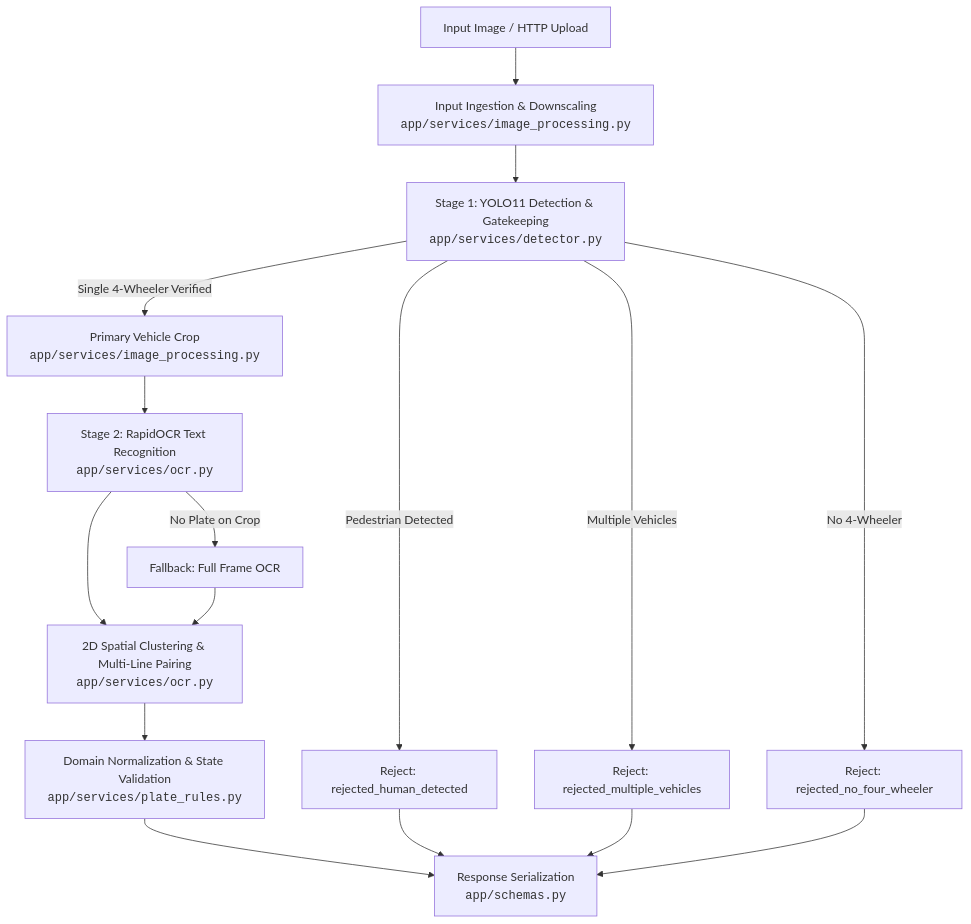
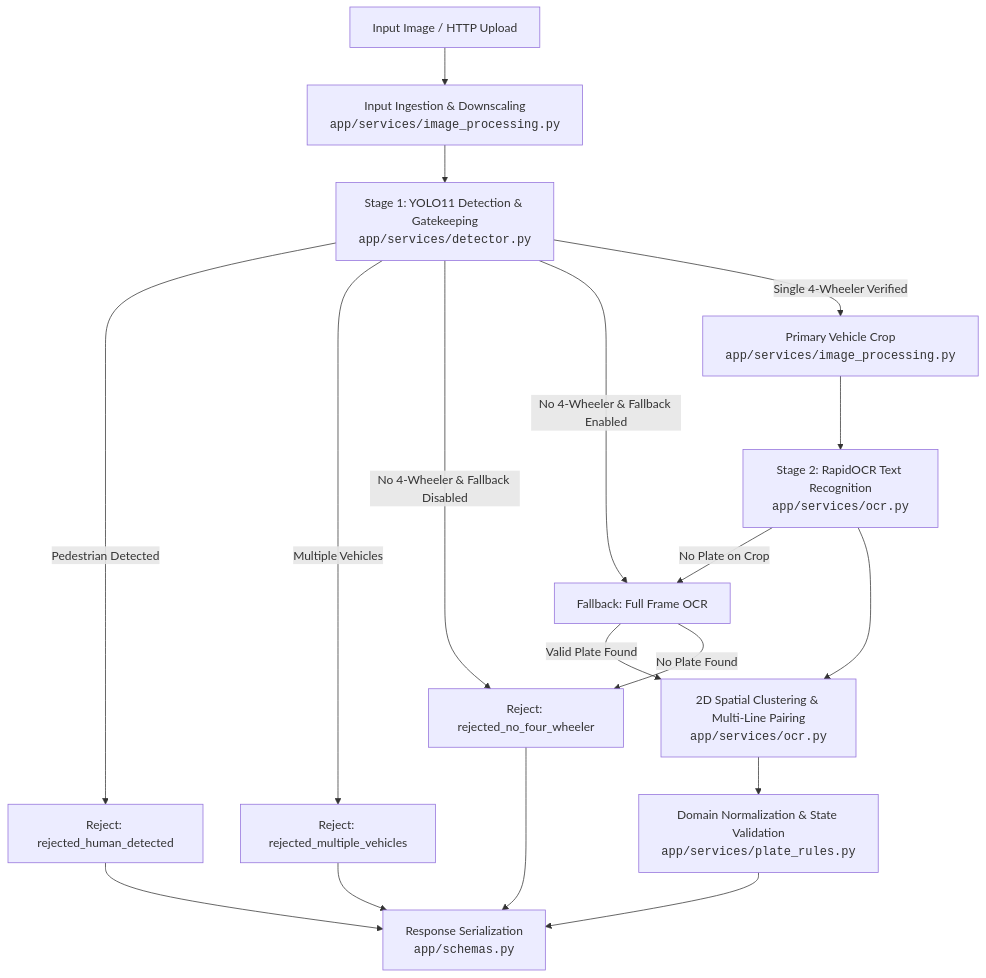
Before and after one commit to dheereshag/argus: the diagram in docs/ARCHITECTURE.md, drawn with Mermaid. The commit also changed other lines of this file and 5 other files, not shown here.

Commit message:
feat: add zero-vehicle fallback OCR when YOLO misses a vehicle

````diff
--- a/docs/ARCHITECTURE.md
+++ b/docs/ARCHITECTURE.md
@@ -11,23 +11,25 @@
 ```mermaid
 flowchart TD
     A[Input Image / HTTP Upload] --> B[Input Ingestion & Downscaling<br/><code>app/services/image_processing.py</code>]
     B --> C[Stage 1: YOLO11 Detection & Gatekeeping<br/><code>app/services/detector.py</code>]
     
     C -- Pedestrian Detected --> R1[Reject: rejected_human_detected]
     C -- Multiple Vehicles --> R2[Reject: rejected_multiple_vehicles]
-    C -- No 4-Wheeler --> R3[Reject: rejected_no_four_wheeler]
+    C -- No 4-Wheeler & Fallback Disabled --> R3[Reject: rejected_no_four_wheeler]
+    C -- No 4-Wheeler & Fallback Enabled --> E2[Fallback: Full Frame OCR]
     
     C -- Single 4-Wheeler Verified --> D[Primary Vehicle Crop<br/><code>app/services/image_processing.py</code>]
     
     D --> E[Stage 2: RapidOCR Text Recognition<br/><code>app/services/ocr.py</code>]
-    E -- No Plate on Crop --> E2[Fallback: Full Frame OCR]
+    E -- No Plate on Crop --> E2
     E --> F[2D Spatial Clustering & Multi-Line Pairing<br/><code>app/services/ocr.py</code>]
-    E2 --> F
+    E2 -- Valid Plate Found --> F
+    E2 -- No Plate Found --> R3
     
     F --> G[Domain Normalization & State Validation<br/><code>app/services/plate_rules.py</code>]
     G --> H[Response Serialization<br/><code>app/schemas.py</code>]
     
     R1 --> H
     R2 --> H
     R3 --> H
 ```
````
